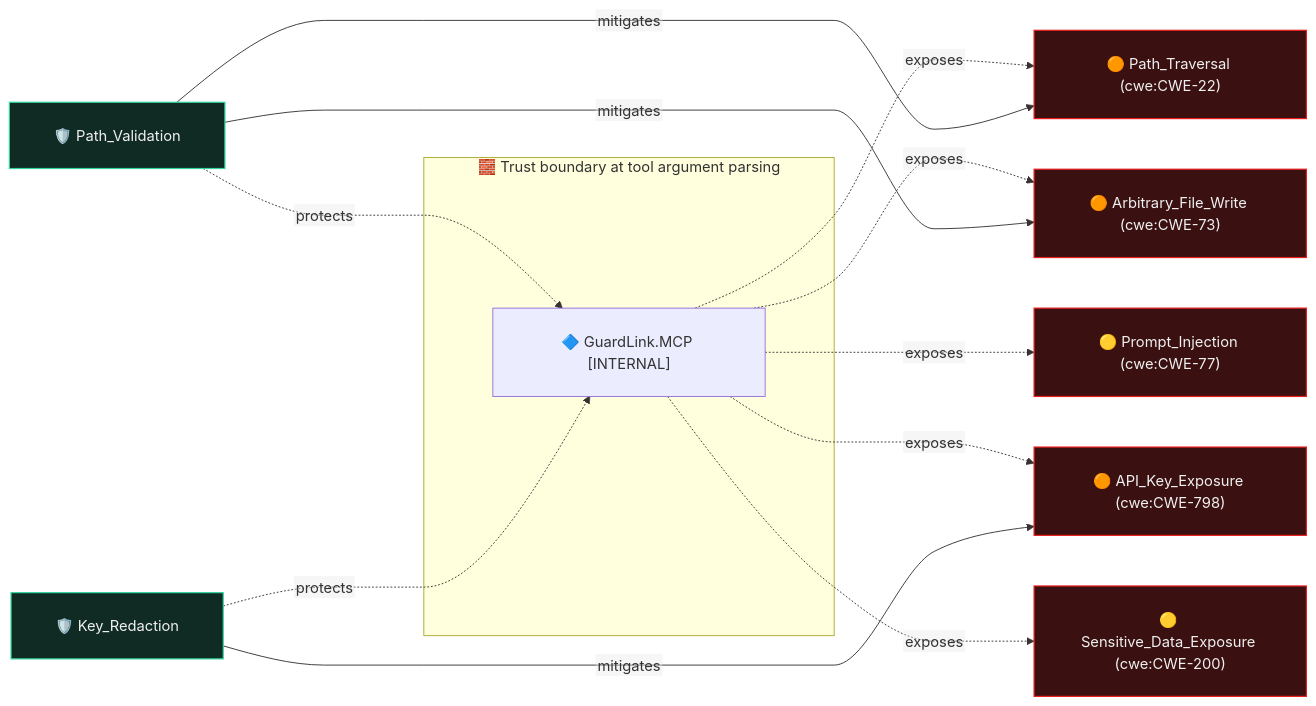
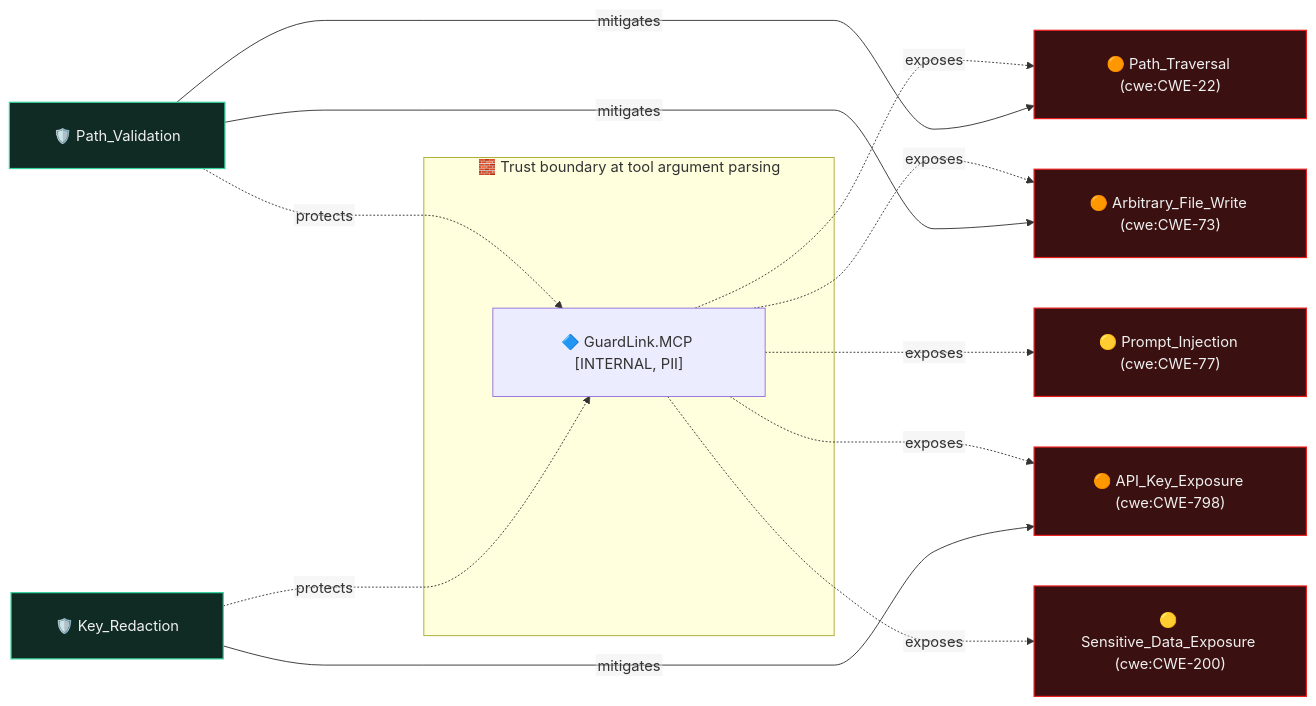
One commit to Bugb-Technologies/guardlink changed the diagram in .guardlink/graph/by-feature/mcp-integration.mmd. Above: the diagram before and after it, drawn with Mermaid. The commit also changed 18 other files, not shown here.

```diff
--- a/.guardlink/graph/by-feature/mcp-integration.mmd
+++ b/.guardlink/graph/by-feature/mcp-integration.mmd
@@ -1,47 +1,47 @@
 %% GENERATED FILE — do not edit. Regenerate with: guardlink artifacts .
 %% artifact:        by-feature/mcp-integration.mmd
 %% scope:           PARTIAL — @feature "MCP Integration" only, not the whole model
-%% annotation_hash: sha256-v2:d87c67372ccc764e906cdaf802b5994abcee762996822cf0d6a615c756e1b030
+%% annotation_hash: sha256-v2:f185cb0f2b7551e204d6a238e33edc80c5a752f5aacb897be2d164cb9679dce6
 %% generator:       guardlink@2.0.0
 %% ---
 %% This diagram is derived from the annotations in this repository. If
 %% annotation_hash above differs from what `guardlink status .` reports, the
 %% diagram is STALE — regenerate rather than trusting it.
 %% ---
 %% NARROWED VIEW. The edges below are the relations annotated in files
 %% tagged @feature "MCP Integration"; the nodes are the assets, threats and
 %% controls those relations reference, resolved from their definitions
 %% wherever those are declared. A node missing from this file is one this
 %% feature does not touch — it is NOT missing from the threat model. For
 %% that, read ../threat-graph.mmd.
 %% annotation_hash above is the hash of the WHOLE project's annotations —
 %% the state this view was cut from — not of the narrowing. It is shared by
 %% every artifact in the same emission on purpose: it is what makes one
 %% `guardlink validate . --artifacts` check answer for all of them, and it
 %% lets this file be lined up against model.json from the same run.
 %% When it was generated and at which commit: ask git. Those move for reasons
 %% unrelated to the diagram, so they are reported at emission time, not stored.
 %%{init: {"flowchart": {"nodeSpacing": 55, "rankSpacing": 150, "curve": "monotoneX", "htmlLabels": false, "padding": 24}}}%%
 graph LR
   subgraph TZ0["🧱 Trust boundary at tool argument parsing"]
-    mcp["🔷 GuardLink.MCP [INTERNAL]"]
+    mcp["🔷 GuardLink.MCP [INTERNAL, PII]"]
   end
   path_traversal["🟠 Path_Traversal (cwe:CWE-22)"]:::threat
   arbitrary_write["🟠 Arbitrary_File_Write (cwe:CWE-73)"]:::threat
   prompt_injection["🟡 Prompt_Injection (cwe:CWE-77)"]:::threat
   api_key_exposure["🟠 API_Key_Exposure (cwe:CWE-798)"]:::threat
   data_exposure["🟡 Sensitive_Data_Exposure (cwe:CWE-200)"]:::threat
   path_validation["🛡️ Path_Validation"]:::control
   key_redaction["🛡️ Key_Redaction"]:::control
   mcp -. exposes .-> path_traversal
   mcp -. exposes .-> arbitrary_write
   mcp -. exposes .-> prompt_injection
   mcp -. exposes .-> api_key_exposure
   mcp -. exposes .-> data_exposure
   path_validation -- mitigates --> path_traversal
   path_validation -. protects .-> mcp
   path_validation -- mitigates --> arbitrary_write
   key_redaction -- mitigates --> api_key_exposure
   key_redaction -. protects .-> mcp
   classDef threat fill:#3a1010,stroke:#ea1d1d,color:#f0f0f0,stroke-width:1.3px
   classDef control fill:#102a24,stroke:#33d49d,color:#f0f0f0,stroke-width:1.3px
```
